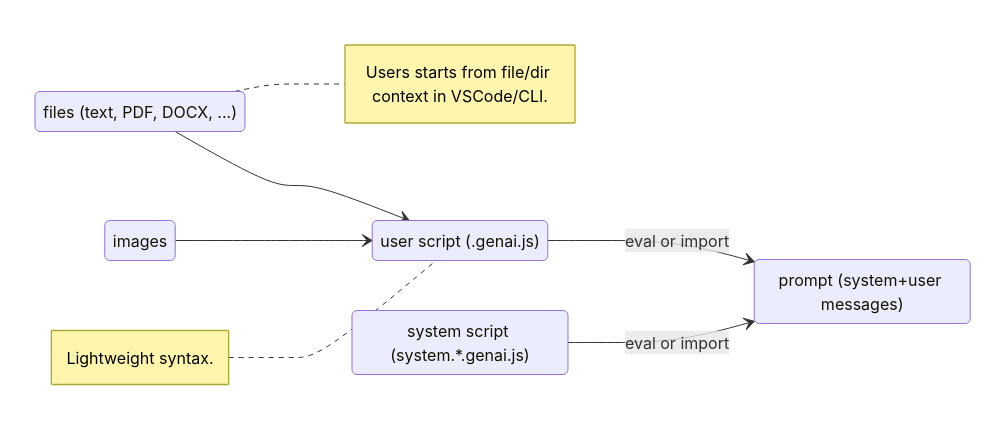
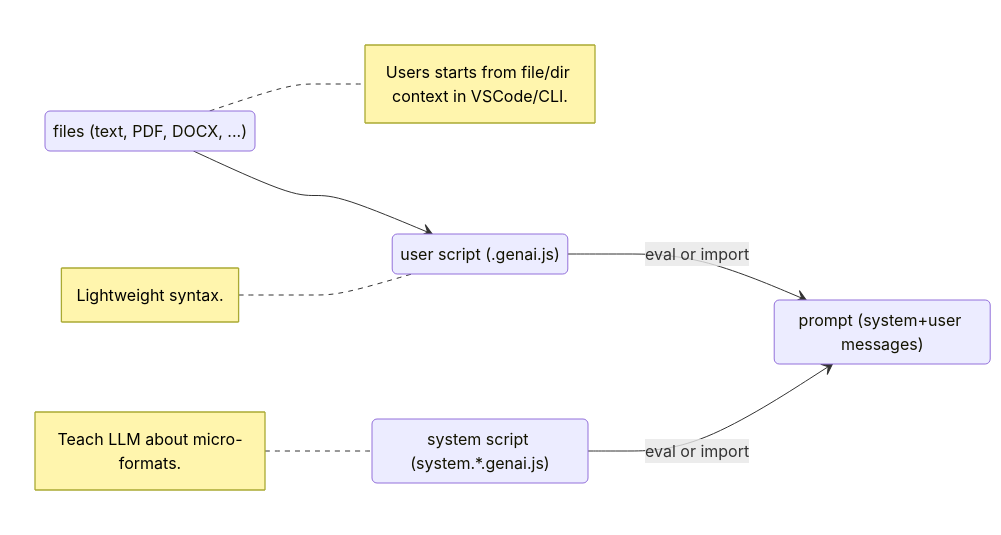
One commit to microsoft/genaiscript changed the diagram in slides/pages/script-prompt.md. Above: the diagram before and after it, drawn with Mermaid. The commit also changed other lines of this file and 6 other files, not shown here.

````diff
--- a/slides/pages/script-prompt.md
+++ b/slides/pages/script-prompt.md
@@ -5,15 +5,15 @@
 ```mermaid
 
 stateDiagram
   direction LR
     context: files (text, PDF, DOCX, ...)
     script : user script (.genai.js)
     prompt : prompt (system+user messages)
     system: system script (system.*.genai.js)
     context --> script
     note right of context : Users starts from file/dir context in VSCode/CLI.
-    images --> script
     note left of script : Lightweight syntax.
     script --> prompt : eval or import
     system --> prompt : eval or import
+    note left of system: Teach LLM about micro-formats.
 ```
````
